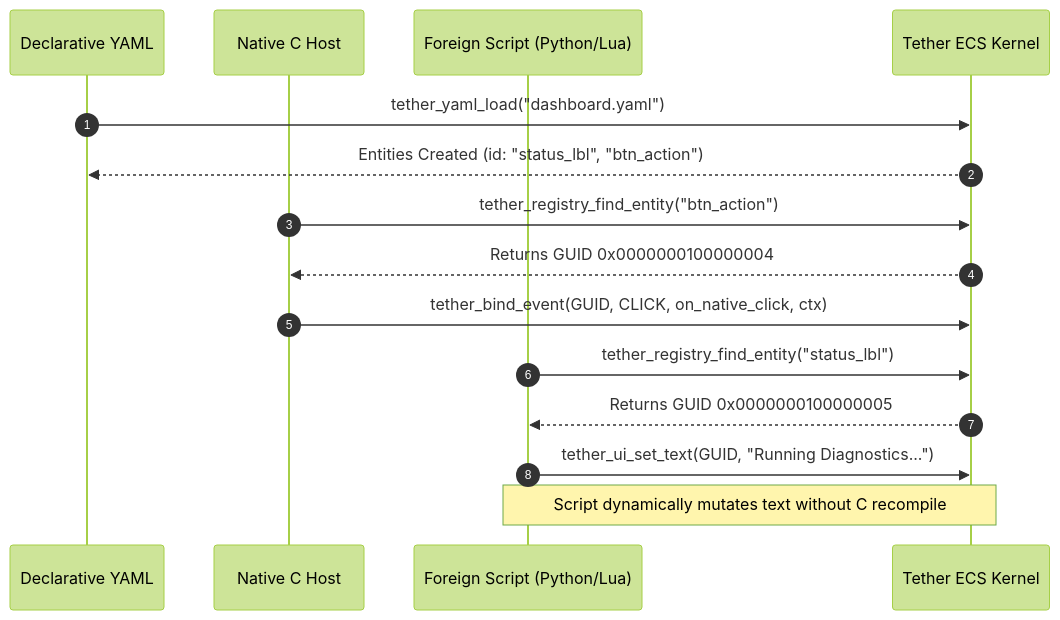
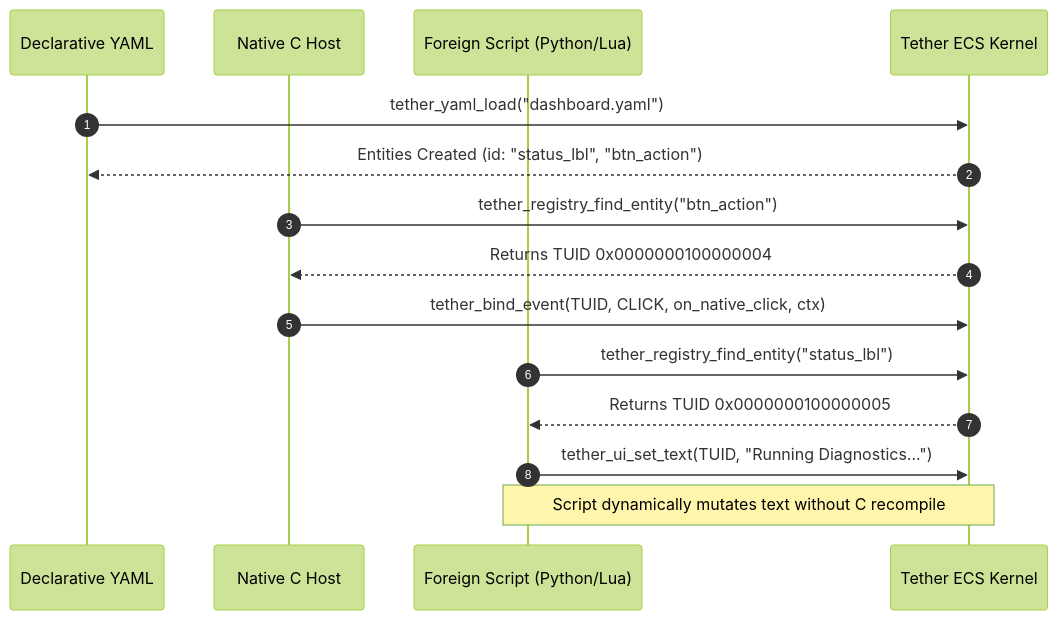
The second of 2 diagrams in docs/technical/11_language_bindings.md (Yuvi-GD/Tether), drawn with Mermaid (forest theme) before and after one commit. The commit also changed other lines of this file and 84 other files, not shown here.

Commit message:
refactor(core): rename Tether_GUID to TUID across codebase and documentation

````diff
--- a/docs/technical/11_language_bindings.md
+++ b/docs/technical/11_language_bindings.md
@@ -94,22 +94,22 @@
 ```mermaid
 sequenceDiagram
     autonumber
     participant YAML as Declarative YAML
     participant Host as Native C Host
     participant Script as Foreign Script (Python/Lua)
     participant Kernel as Tether ECS Kernel
 
     YAML->>Kernel: tether_yaml_load("dashboard.yaml")
     Kernel-->>YAML: Entities Created (id: "status_lbl", "btn_action")
     
     Host->>Kernel: tether_registry_find_entity("btn_action")
-    Kernel-->>Host: Returns GUID 0x0000000100000004
+    Kernel-->>Host: Returns TUID 0x0000000100000004
     
-    Host->>Kernel: tether_bind_event(GUID, CLICK, on_native_click, ctx)
+    Host->>Kernel: tether_bind_event(TUID, CLICK, on_native_click, ctx)
     
     Script->>Kernel: tether_registry_find_entity("status_lbl")
-    Kernel-->>Script: Returns GUID 0x0000000100000005
+    Kernel-->>Script: Returns TUID 0x0000000100000005
     
-    Script->>Kernel: tether_ui_set_text(GUID, "Running Diagnostics...")
+    Script->>Kernel: tether_ui_set_text(TUID, "Running Diagnostics...")
     Note over Script,Kernel: Script dynamically mutates text without C recompile
 ```
````
